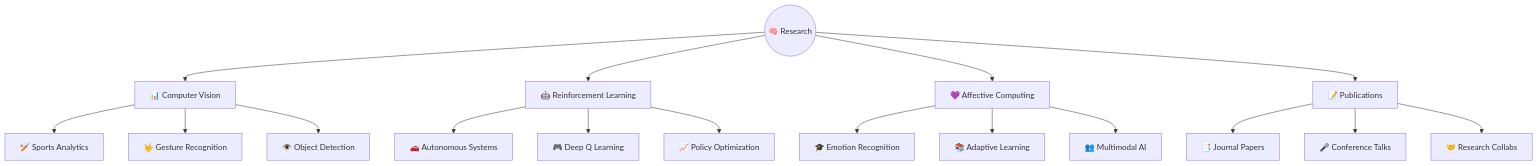
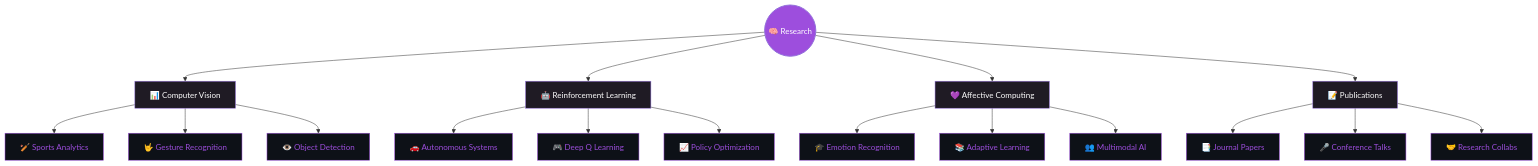
The diagram in README.md (Lithigaj/Lithigaj), drawn with Mermaid before and after one commit. The commit also changed other lines of this file, not shown here.

````diff
--- a/README.md
+++ b/README.md
@@ -157,24 +152,28 @@
 ```mermaid
 flowchart TD
-    R((🧠 Research))
+    classDef main fill:#9D4EDD,color:white,stroke-width:2px
+    classDef sub fill:#1F1B24,color:white
+    classDef leaf fill:#0D1117,color:#9D4EDD,stroke:#9D4EDD
 
-    R --> CV[📊 Computer Vision]
-    CV --> SA[🏏 Sports Analytics]
-    CV --> GR[🤟 Gesture Recognition]
-    CV --> OD[👁️ Object Detection]
+    R((🧠 Research)):::main
 
-    R --> RL[🤖 Reinforcement Learning]
-    RL --> AS[🚗 Autonomous Systems]
-    RL --> DQL[🎮 Deep Q Learning]
-    RL --> PO[📈 Policy Optimization]
+    R --> CV[📊 Computer Vision]:::sub
+    CV --> SA[🏏 Sports Analytics]:::leaf
+    CV --> GR[🤟 Gesture Recognition]:::leaf
+    CV --> OD[👁️ Object Detection]:::leaf
 
-    R --> AC[💜 Affective Computing]
-    AC --> ER[🎓 Emotion Recognition]
-    AC --> AL[📚 Adaptive Learning]
-    AC --> MAI[👥 Multimodal AI]
+    R --> RL[🤖 Reinforcement Learning]:::sub
+    RL --> AS[🚗 Autonomous Systems]:::leaf
+    RL --> DQL[🎮 Deep Q Learning]:::leaf
+    RL --> PO[📈 Policy Optimization]:::leaf
 
-    R --> PUB[📝 Publications]
-    PUB --> JP[📑 Journal Papers]
-    PUB --> CT[🎤 Conference Talks]
-    PUB --> RC[🤝 Research Collabs]
+    R --> AC[💜 Affective Computing]:::sub
+    AC --> ER[🎓 Emotion Recognition]:::leaf
+    AC --> AL[📚 Adaptive Learning]:::leaf
+    AC --> MAI[👥 Multimodal AI]:::leaf
+
+    R --> PUB[📝 Publications]:::sub
+    PUB --> JP[📑 Journal Papers]:::leaf
+    PUB --> CT[🎤 Conference Talks]:::leaf
+    PUB --> RC[🤝 Research Collabs]:::leaf
 ```
````
